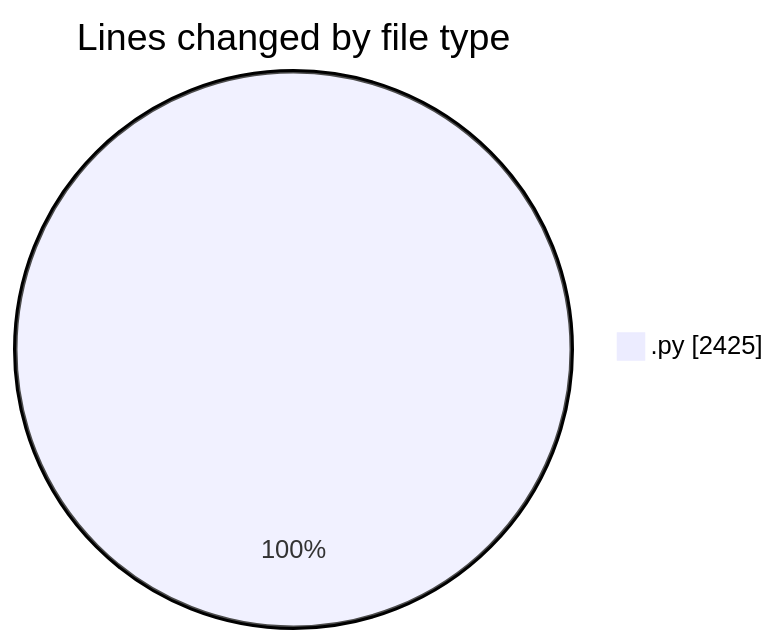
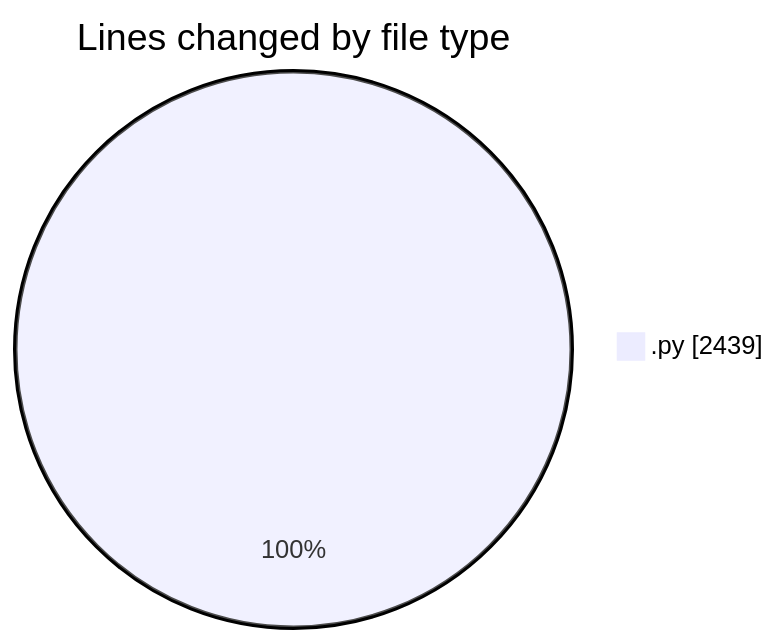
Before and after one commit to julien-gomy/code-tracking: the first of 2 diagrams in 2025-10-15/eventscop-api-guide__workspace_/README.md, drawn with Mermaid. The commit also changed other lines of this file and 1 other file, not shown here.

````diff
--- a/2025-10-15/eventscop-api-guide__workspace_/README.md
+++ b/2025-10-15/eventscop-api-guide__workspace_/README.md
@@ -24,5 +24,5 @@
 ```mermaid
 pie showData
 title Lines changed by file type
-".py" : 2425
+".py" : 2439
 ```
````
